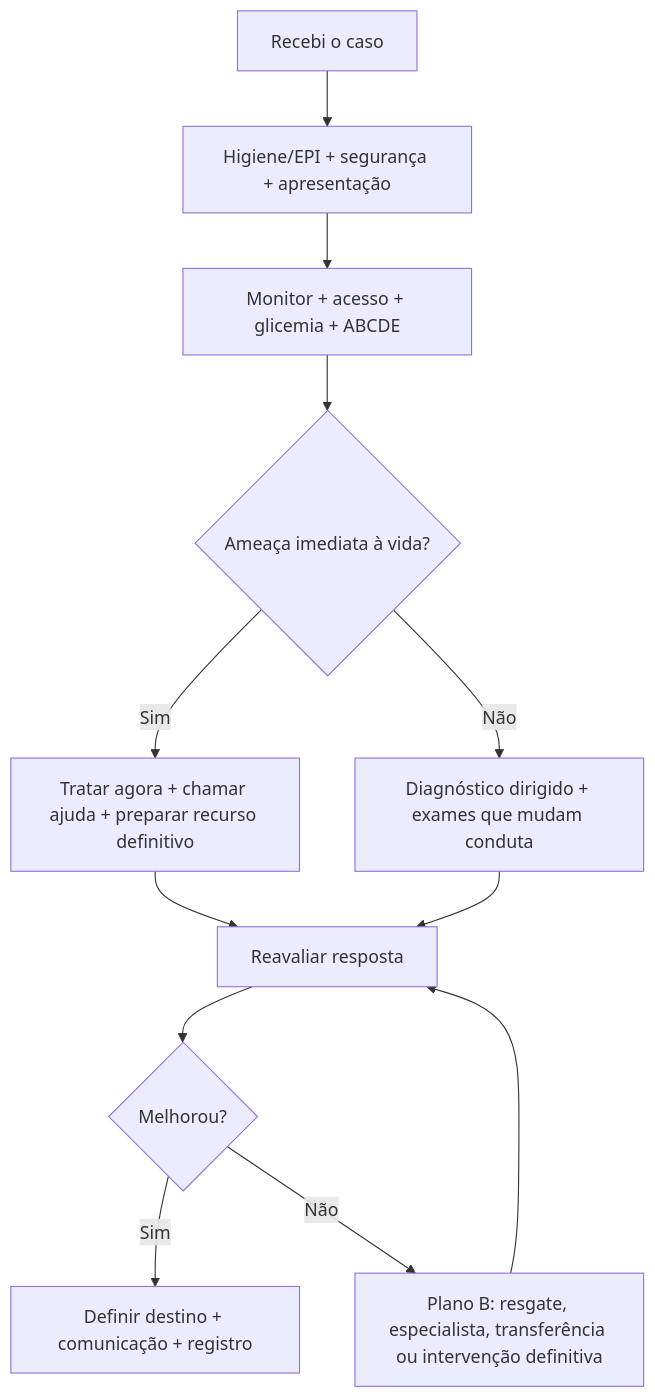
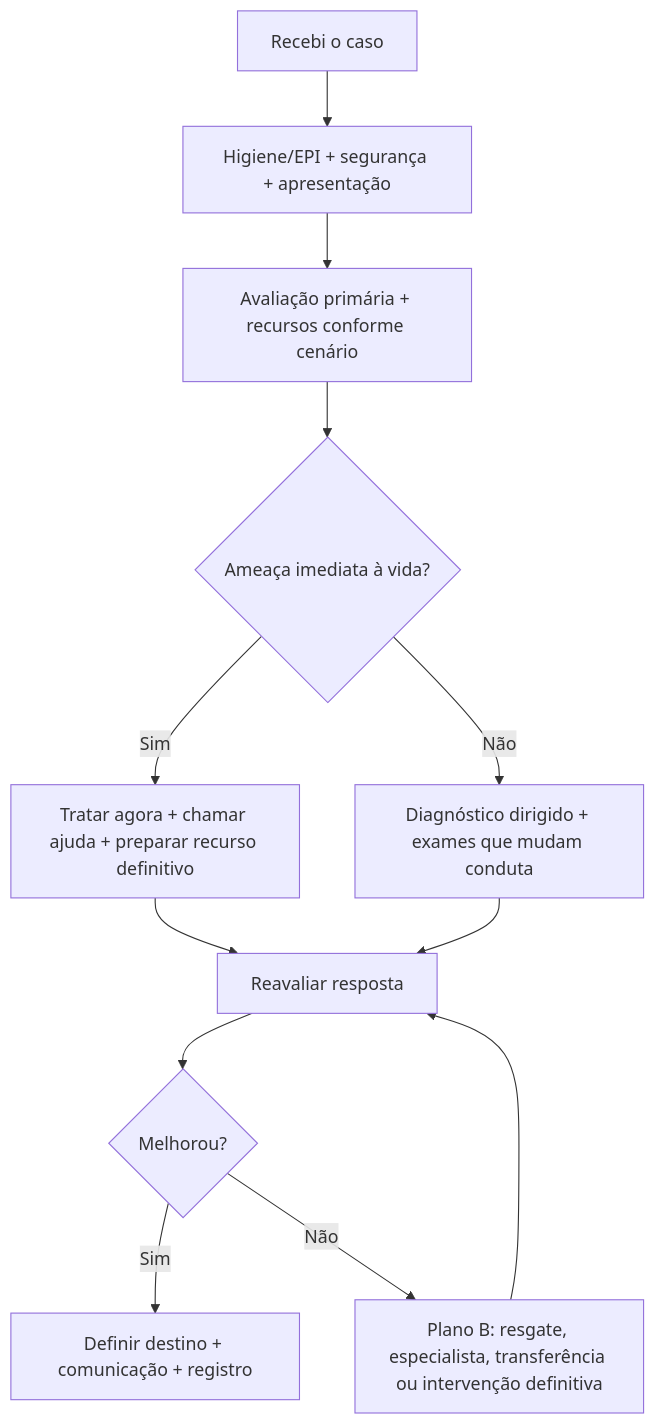
Before and after one commit to ThiagoPersona/emergencia26: the diagram in Intensivao/temas/025_estrategia-prova-estacoes-praticas.md, drawn with Mermaid. The commit also changed other lines of this file and 5 other files, not shown here.

````diff
--- a/Intensivao/temas/025_estrategia-prova-estacoes-praticas.md
+++ b/Intensivao/temas/025_estrategia-prova-estacoes-praticas.md
@@ -78,14 +92,14 @@
 ```mermaid
 flowchart TD
     A[Recebi o caso] --> B[Higiene/EPI + segurança + apresentação]
-    B --> C[Monitor + acesso + glicemia + ABCDE]
+    B --> C[Avaliação primária + recursos conforme cenário]
     C --> D{Ameaça imediata à vida?}
     D -->|Sim| E[Tratar agora + chamar ajuda + preparar recurso definitivo]
     D -->|Não| F[Diagnóstico dirigido + exames que mudam conduta]
     E --> G[Reavaliar resposta]
     F --> G
     G --> H{Melhorou?}
     H -->|Sim| I[Definir destino + comunicação + registro]
     H -->|Não| J[Plano B: resgate, especialista, transferência ou intervenção definitiva]
     J --> G
 ```
````
